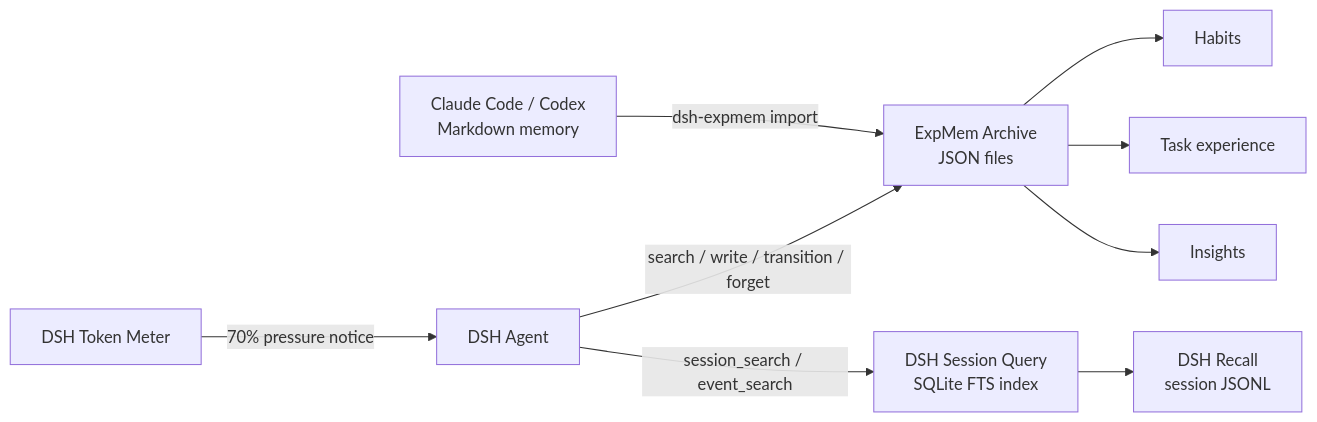
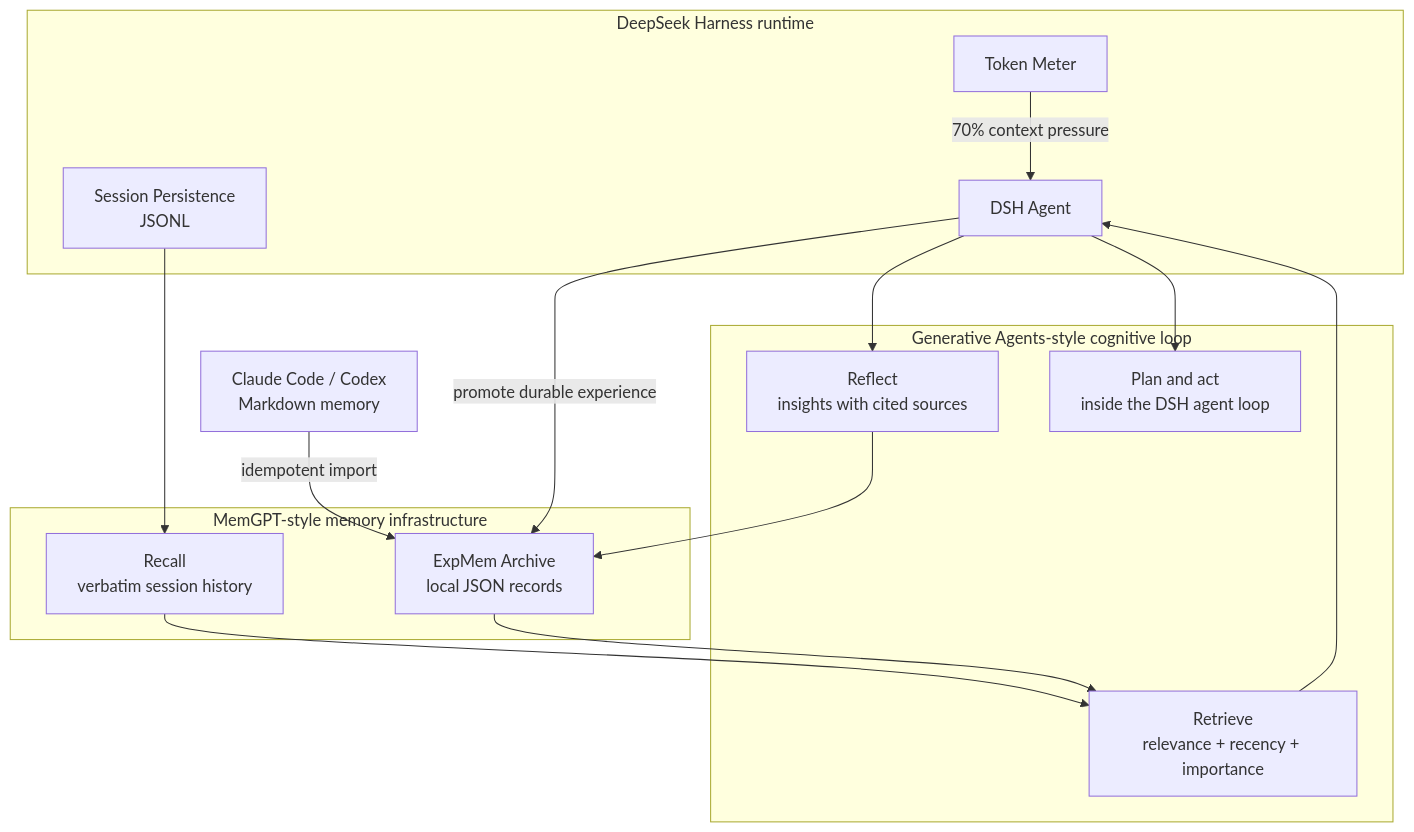
One commit to creativedswork/dsh-expmem changed the diagram in README.md. Above: the diagram before and after it, drawn with Mermaid. The commit also changed other lines of this file and 9 other files, not shown here.

Commit message:
feat: add generative experience memory

````diff
--- a/README.md
+++ b/README.md
@@ -11,15 +23,30 @@
 ```mermaid
-flowchart LR
-  Agent["DSH Agent"]
-  Sources["Claude Code / Codex<br/>Markdown memory"]
+flowchart TB
+  subgraph Runtime["DeepSeek Harness runtime"]
+    Agent["DSH Agent"]
+    Meter["Token Meter"]
+    Sessions["Session Persistence<br/>JSONL"]
+  end
 
-  Agent -->|"search / write / transition / forget"| Archive["ExpMem Archive<br/>JSON files"]
-  Agent -->|"session_search / event_search"| Query["DSH Session Query<br/>SQLite FTS index"]
-  Meter["DSH Token Meter"] -->|"70% pressure notice"| Agent
-  Query --> Recall["DSH Recall<br/>session JSONL"]
-  Sources -->|"dsh-expmem import"| Archive
+  subgraph Memory["MemGPT-style memory infrastructure"]
+    Recall["Recall<br/>verbatim session history"]
+    Archive["ExpMem Archive<br/>local JSON records"]
+  end
 
-  Archive --> Habits["Habits"]
-  Archive --> Experience["Task experience"]
-  Archive --> Insights["Insights"]
+  subgraph Cognition["Generative Agents-style cognitive loop"]
+    Retrieve["Retrieve<br/>relevance + recency + importance"]
+    Reflect["Reflect<br/>insights with cited sources"]
+    Plan["Plan and act<br/>inside the DSH agent loop"]
+  end
+
+  Sources["Claude Code / Codex<br/>Markdown memory"] -->|"idempotent import"| Archive
+  Sessions --> Recall
+  Meter -->|"70% context pressure"| Agent
+  Recall --> Retrieve
+  Archive --> Retrieve
+  Retrieve --> Agent
+  Agent -->|"promote durable experience"| Archive
+  Agent --> Reflect
+  Reflect --> Archive
+  Agent --> Plan
 ```
````
